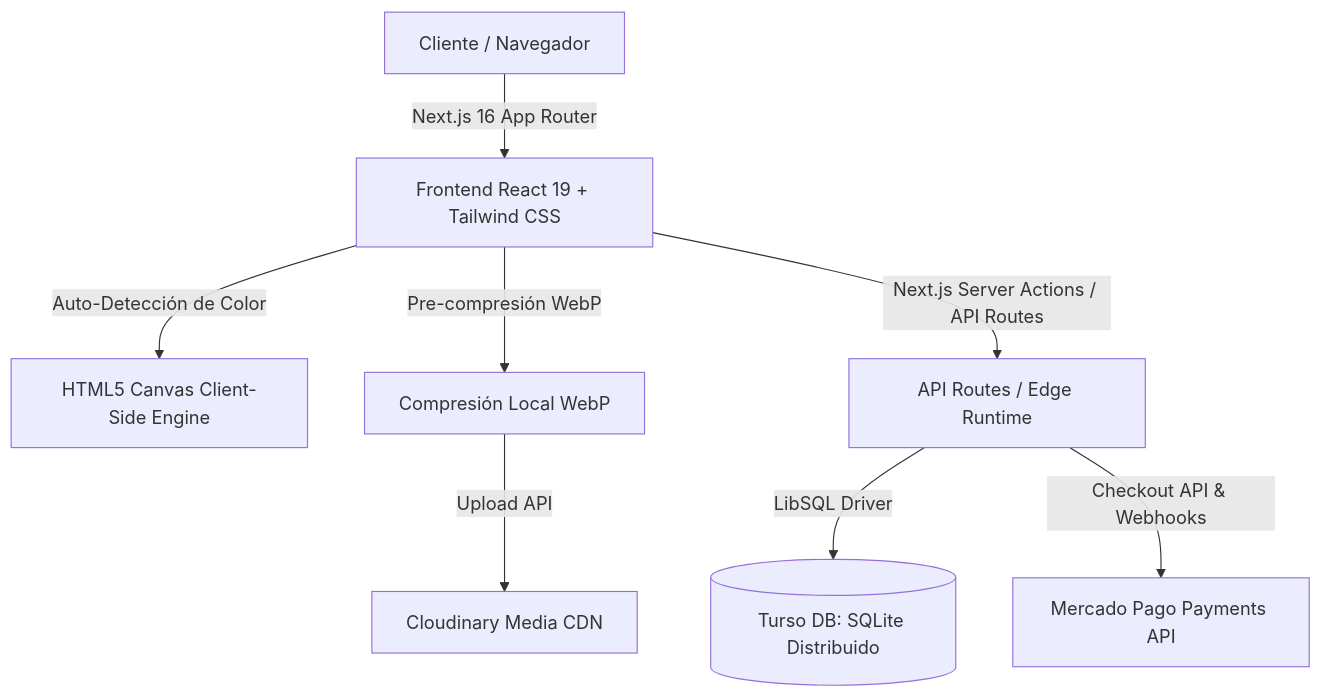
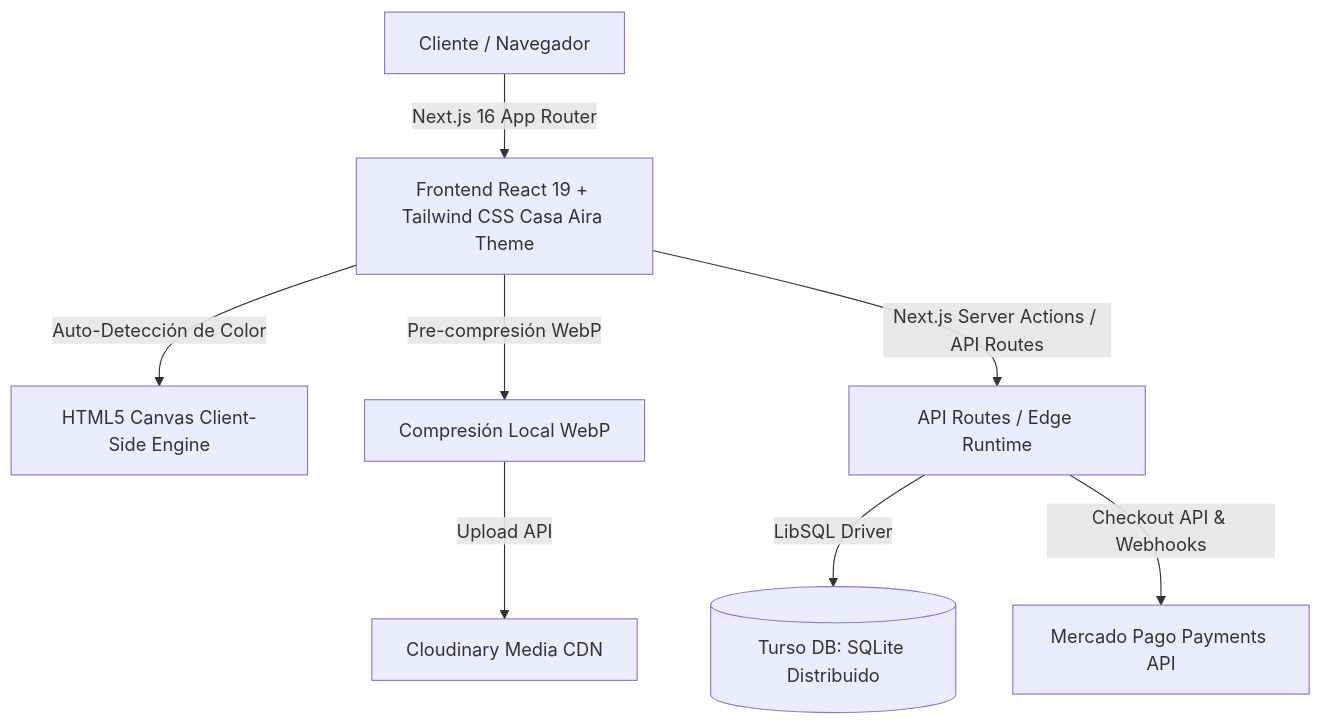
One commit to matiquelmec/K-YEN changed the first of 2 diagrams in docs/BLUEPRINT.md. Above: the diagram before and after it, drawn with Mermaid. The commit also changed other lines of this file and 16 other files, not shown here.

Commit message:
feat: complete brand redesign and visual transformation to Casa Aira

````diff
--- a/docs/BLUEPRINT.md
+++ b/docs/BLUEPRINT.md
@@ -25,10 +26,10 @@
 ```mermaid
 graph TD
-    Client[Cliente / Navegador] -->|Next.js 16 App Router| Frontend[Frontend React 19 + Tailwind CSS]
+    Client[Cliente / Navegador] -->|Next.js 16 App Router| Frontend[Frontend React 19 + Tailwind CSS Casa Aira Theme]
     Frontend -->|Auto-Detección de Color| Canvas[HTML5 Canvas Client-Side Engine]
     Frontend -->|Pre-compresión WebP| BrowserBlob[Compresión Local WebP]
     BrowserBlob -->|Upload API| Cloudinary[Cloudinary Media CDN]
     Frontend -->|Next.js Server Actions / API Routes| BackendAPI[API Routes / Edge Runtime]
     BackendAPI -->|LibSQL Driver| TursoDB[(Turso DB: SQLite Distribuido)]
     BackendAPI -->|Checkout API & Webhooks| MercadoPago[Mercado Pago Payments API]
 ```
````
